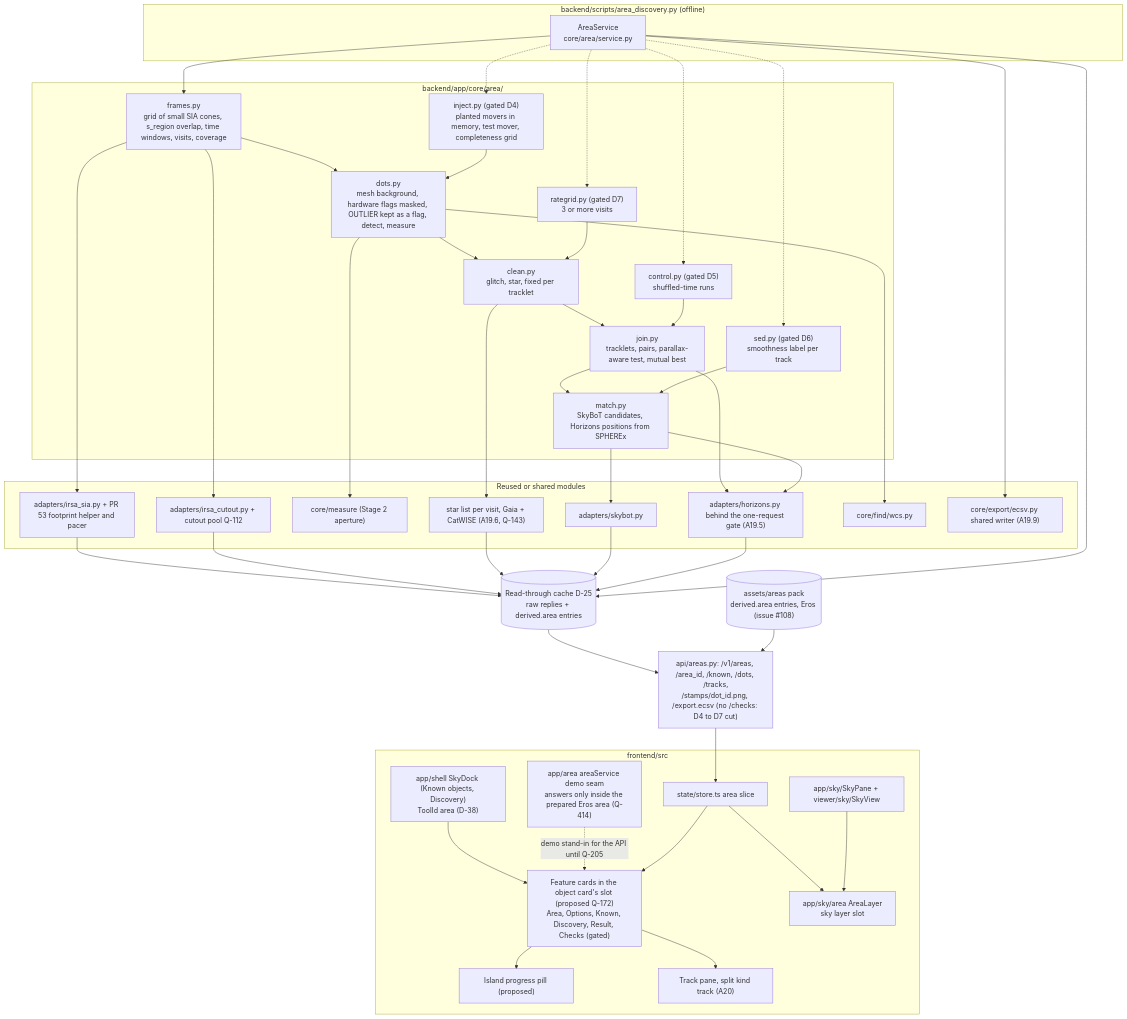
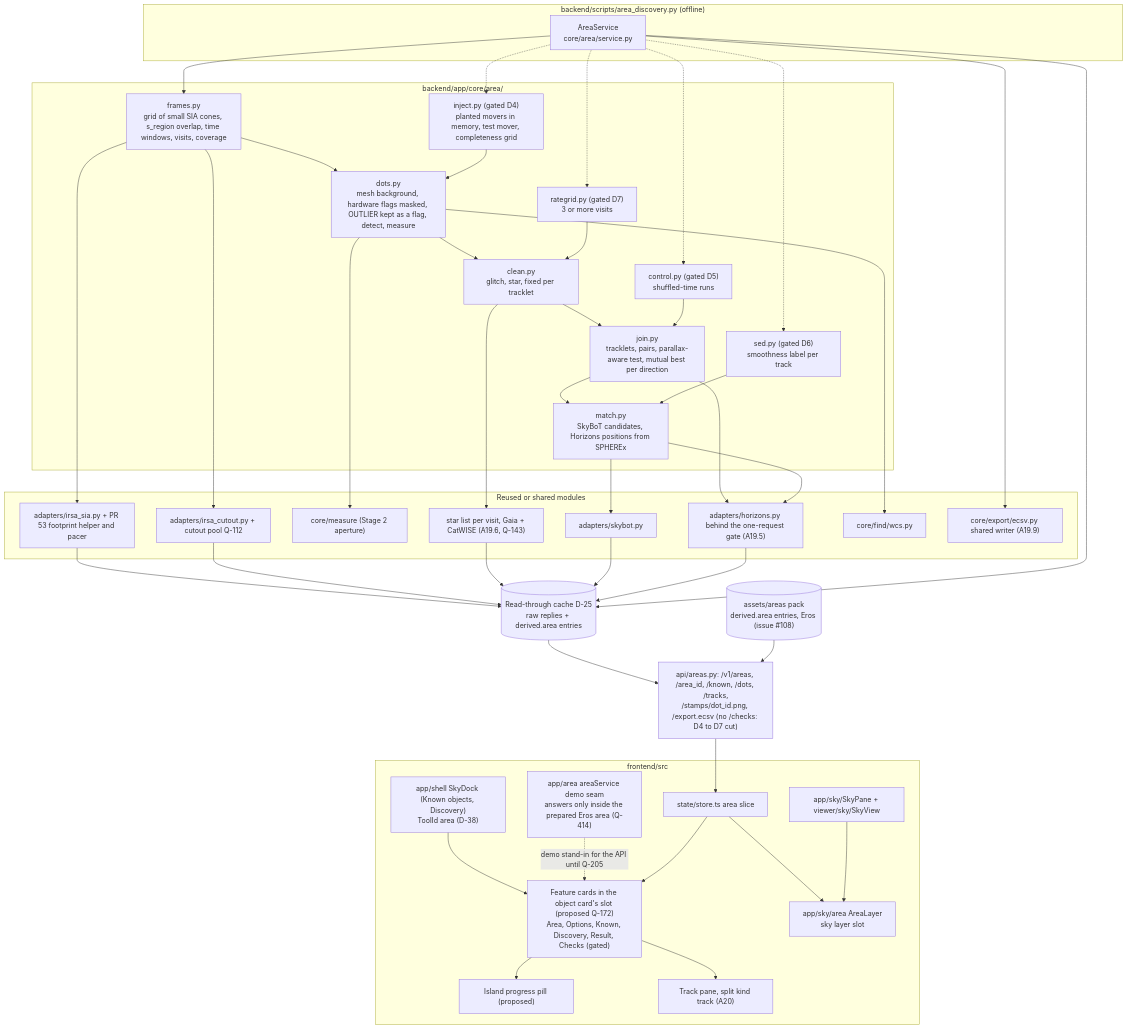
One commit to 0ffrian/SphereX changed the first of 3 diagrams in docs/uml/22-area-search.md. Above: the diagram before and after it, drawn with Mermaid. The commit also changed other lines of this file and 16 other files, not shown here.

````diff
--- a/docs/uml/22-area-search.md
+++ b/docs/uml/22-area-search.md
@@ -7,74 +7,74 @@
 ```mermaid
 flowchart TB
   subgraph Script["backend/scripts/area_discovery.py (offline)"]
     SVC["AreaService<br/>core/area/service.py"]
   end
   subgraph Core["backend/app/core/area/"]
     FRM["frames.py<br/>grid of small SIA cones, s_region overlap, time windows, visits, coverage"]
     DOT["dots.py<br/>mesh background, hardware flags masked, OUTLIER kept as a flag, detect, measure"]
     CLN["clean.py<br/>glitch, star, fixed per tracklet"]
-    JON["join.py<br/>tracklets, pairs, parallax-aware test, mutual best"]
+    JON["join.py<br/>tracklets, pairs, parallax-aware test, mutual best per direction"]
     MAT["match.py<br/>SkyBoT candidates, Horizons positions from SPHEREx"]
     INJ["inject.py (gated D4)<br/>planted movers in memory, test mover, completeness grid"]
     CTL["control.py (gated D5)<br/>shuffled-time runs"]
     SED["sed.py (gated D6)<br/>smoothness label per track"]
     RGL["rategrid.py (gated D7)<br/>3 or more visits"]
   end
   subgraph Reused["Reused or shared modules"]
     SIA["adapters/irsa_sia.py + PR 53 footprint helper and pacer"]
     CUT["adapters/irsa_cutout.py + cutout pool Q-112"]
     MEAS["core/measure (Stage 2 aperture)"]
     STAR["star list per visit, Gaia + CatWISE (A19.6, Q-143)"]
     SKB["adapters/skybot.py"]
     HOR["adapters/horizons.py behind the one-request gate (A19.5)"]
     WCS["core/find/wcs.py"]
     ECSV["core/export/ecsv.py shared writer (A19.9)"]
   end
   CACHE[("Read-through cache D-25<br/>raw replies + derived.area entries")]
   API["api/areas.py: /v1/areas, /area_id, /known, /dots, /tracks,<br/>/stamps/dot_id.png, /export.ecsv (no /checks: D4 to D7 cut)"]
   PACK[("assets/areas pack<br/>derived.area entries, Eros (issue #108)")]
   subgraph FE["frontend/src"]
     RAIL["app/shell SkyDock (Known objects, Discovery)<br/>ToolId area (D-38)"]
     DEMO["app/area areaService demo seam<br/>answers only inside the prepared Eros area (Q-414)"]
     CARDS["Feature cards in the object card's slot (proposed Q-172)<br/>Area, Options, Known, Discovery, Result, Checks (gated)"]
     ISL["Island progress pill (proposed)"]
     LAYER["app/sky/area AreaLayer<br/>sky layer slot"]
     STORE["state/store.ts area slice"]
     TRK["Track pane, split kind track (A20)"]
     SKY["app/sky/SkyPane + viewer/sky/SkyView"]
   end
   SVC --> FRM --> DOT --> CLN --> JON --> MAT
   SVC --> ECSV
   SVC -.-> INJ
   SVC -.-> CTL
   SVC -.-> SED
   SVC -.-> RGL
   INJ --> DOT
   CTL --> JON
   RGL --> CLN
   SED --> MAT
   FRM --> SIA
   FRM --> CUT
   DOT --> WCS
   DOT --> MEAS
   CLN --> STAR
   JON --> HOR
   MAT --> SKB
   MAT --> HOR
   SIA --> CACHE
   CUT --> CACHE
   STAR --> CACHE
   SKB --> CACHE
   HOR --> CACHE
   SVC --> CACHE
   CACHE --> API
   PACK --> API
   API --> STORE
   RAIL --> CARDS
   DEMO -.->|"demo stand-in for the API until Q-205"| CARDS
   STORE --> CARDS
   CARDS --> ISL
   STORE --> LAYER
   SKY --> LAYER
   CARDS --> TRK
 ```
````
